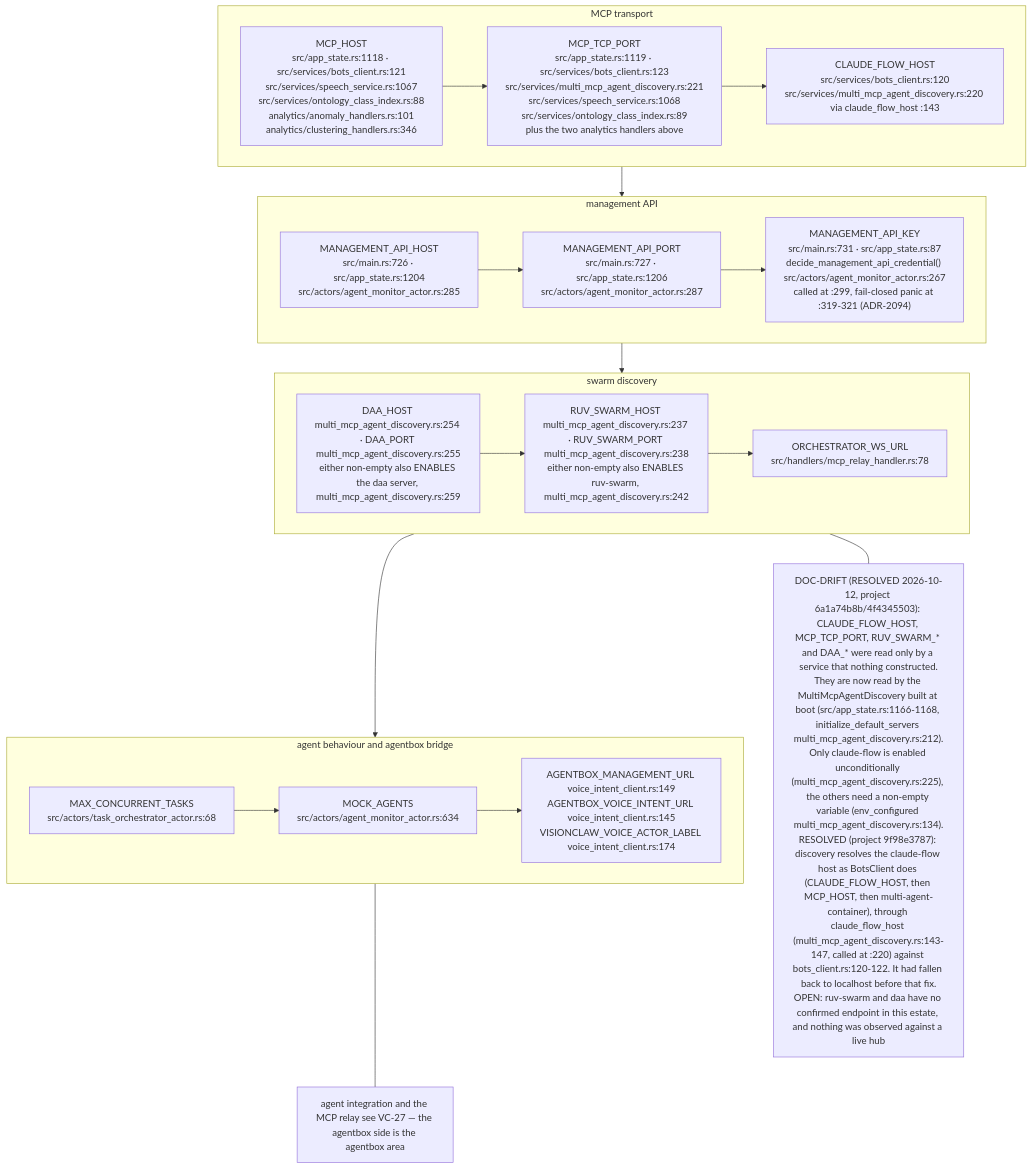
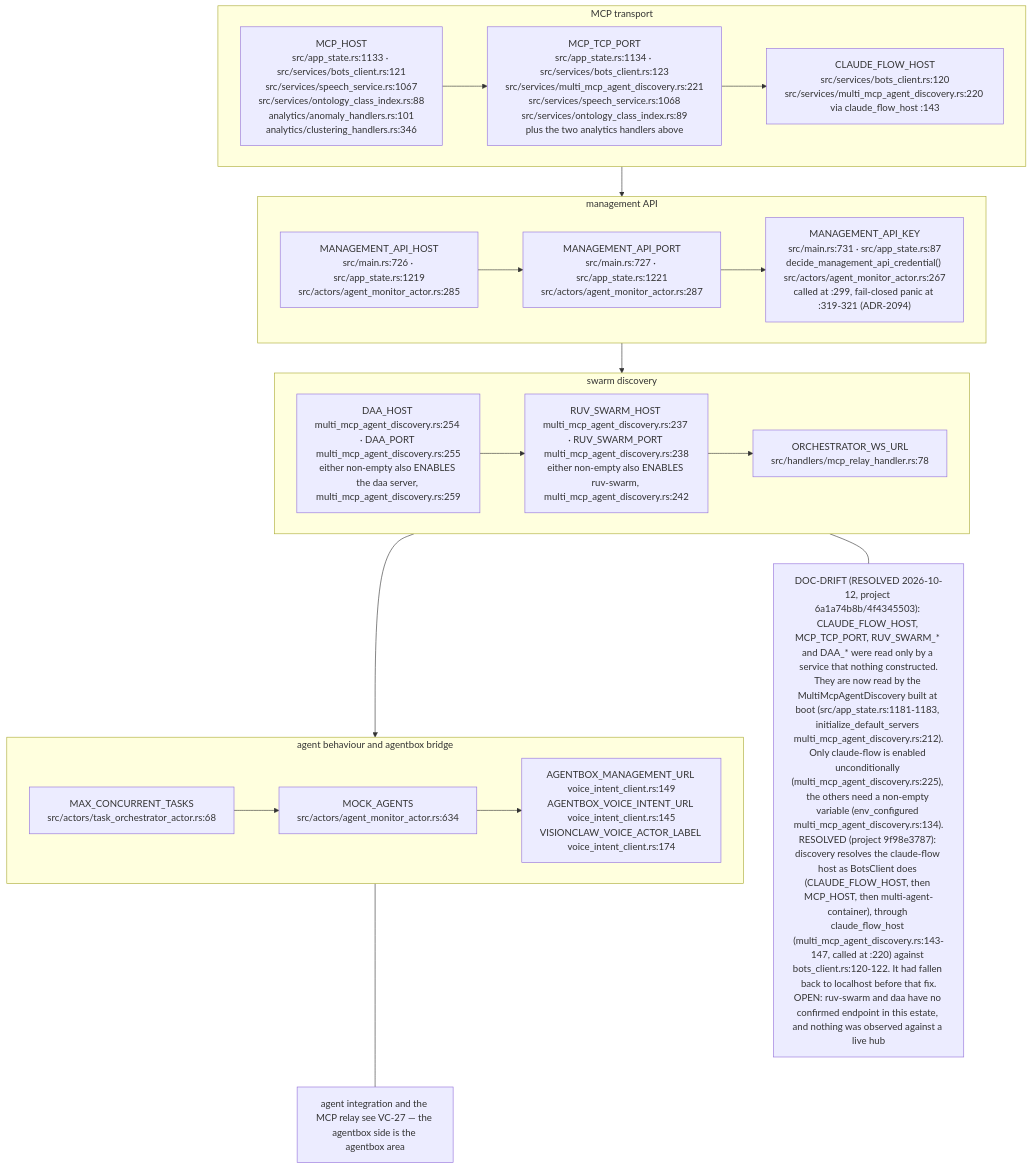
One commit to DreamLab-AI/VisionFlow changed diagram 12 of 16 in docs/diagrams/visionclaw/09-config-and-env-flags.md. Above: the diagram before and after it, drawn with Mermaid. The commit also changed other lines of this file and 173 other files, not shown here.

````diff
--- a/docs/diagrams/visionclaw/09-config-and-env-flags.md
+++ b/docs/diagrams/visionclaw/09-config-and-env-flags.md
@@ -478,20 +480,20 @@
 ```mermaid
 flowchart TB
     subgraph MCP["MCP transport"]
-        M1["MCP_HOST<br/>src/app_state.rs:1118 · src/services/bots_client.rs:121<br/>src/services/speech_service.rs:1067<br/>src/services/ontology_class_index.rs:88<br/>analytics/anomaly_handlers.rs:101<br/>analytics/clustering_handlers.rs:346"] --> M2["MCP_TCP_PORT<br/>src/app_state.rs:1119 · src/services/bots_client.rs:123<br/>src/services/multi_mcp_agent_discovery.rs:221<br/>src/services/speech_service.rs:1068<br/>src/services/ontology_class_index.rs:89<br/>plus the two analytics handlers above"] --> M3["CLAUDE_FLOW_HOST<br/>src/services/bots_client.rs:120<br/>src/services/multi_mcp_agent_discovery.rs:220 via claude_flow_host :143"]
+        M1["MCP_HOST<br/>src/app_state.rs:1133 · src/services/bots_client.rs:121<br/>src/services/speech_service.rs:1067<br/>src/services/ontology_class_index.rs:88<br/>analytics/anomaly_handlers.rs:101<br/>analytics/clustering_handlers.rs:346"] --> M2["MCP_TCP_PORT<br/>src/app_state.rs:1134 · src/services/bots_client.rs:123<br/>src/services/multi_mcp_agent_discovery.rs:221<br/>src/services/speech_service.rs:1068<br/>src/services/ontology_class_index.rs:89<br/>plus the two analytics handlers above"] --> M3["CLAUDE_FLOW_HOST<br/>src/services/bots_client.rs:120<br/>src/services/multi_mcp_agent_discovery.rs:220 via claude_flow_host :143"]
     end
     subgraph MGMT["management API"]
-        G1["MANAGEMENT_API_HOST<br/>src/main.rs:726 · src/app_state.rs:1204<br/>src/actors/agent_monitor_actor.rs:285"] --> G2["MANAGEMENT_API_PORT<br/>src/main.rs:727 · src/app_state.rs:1206<br/>src/actors/agent_monitor_actor.rs:287"] --> G3["MANAGEMENT_API_KEY<br/>src/main.rs:731 · src/app_state.rs:87<br/>decide_management_api_credential() src/actors/agent_monitor_actor.rs:267<br/>called at :299, fail-closed panic at :319-321 (ADR-2094)"]
+        G1["MANAGEMENT_API_HOST<br/>src/main.rs:726 · src/app_state.rs:1219<br/>src/actors/agent_monitor_actor.rs:285"] --> G2["MANAGEMENT_API_PORT<br/>src/main.rs:727 · src/app_state.rs:1221<br/>src/actors/agent_monitor_actor.rs:287"] --> G3["MANAGEMENT_API_KEY<br/>src/main.rs:731 · src/app_state.rs:87<br/>decide_management_api_credential() src/actors/agent_monitor_actor.rs:267<br/>called at :299, fail-closed panic at :319-321 (ADR-2094)"]
     end
     subgraph DISC["swarm discovery"]
         D1["DAA_HOST multi_mcp_agent_discovery.rs:254 · DAA_PORT multi_mcp_agent_discovery.rs:255<br/>either non-empty also ENABLES the daa server, multi_mcp_agent_discovery.rs:259"] --> D2["RUV_SWARM_HOST multi_mcp_agent_discovery.rs:237 · RUV_SWARM_PORT multi_mcp_agent_discovery.rs:238<br/>either non-empty also ENABLES ruv-swarm, multi_mcp_agent_discovery.rs:242"] --> D3["ORCHESTRATOR_WS_URL<br/>src/handlers/mcp_relay_handler.rs:78"]
     end
     subgraph AGENTS["agent behaviour and agentbox bridge"]
         A1["MAX_CONCURRENT_TASKS<br/>src/actors/task_orchestrator_actor.rs:68"] --> A2["MOCK_AGENTS<br/>src/actors/agent_monitor_actor.rs:634"] --> A3["AGENTBOX_MANAGEMENT_URL voice_intent_client.rs:149<br/>AGENTBOX_VOICE_INTENT_URL voice_intent_client.rs:145<br/>VISIONCLAW_VOICE_ACTOR_LABEL voice_intent_client.rs:174"]
     end
     MCP --> MGMT --> DISC --> AGENTS
-    NR["DOC-DRIFT (RESOLVED 2026-10-12, project 6a1a74b8b/4f4345503): CLAUDE_FLOW_HOST, MCP_TCP_PORT, RUV_SWARM_* and DAA_* were read only by a service that nothing constructed.<br/>They are now read by the MultiMcpAgentDiscovery built at boot (src/app_state.rs:1166-1168, initialize_default_servers multi_mcp_agent_discovery.rs:212).<br/>Only claude-flow is enabled unconditionally (multi_mcp_agent_discovery.rs:225), the others need a non-empty variable (env_configured multi_mcp_agent_discovery.rs:134).<br/>RESOLVED (project 9f98e3787): discovery resolves the claude-flow host as BotsClient does (CLAUDE_FLOW_HOST, then MCP_HOST, then multi-agent-container), through claude_flow_host (multi_mcp_agent_discovery.rs:143-147, called at :220) against bots_client.rs:120-122. It had fallen back to localhost before that fix.<br/>OPEN: ruv-swarm and daa have no confirmed endpoint in this estate, and nothing was observed against a live hub"]
+    NR["DOC-DRIFT (RESOLVED 2026-10-12, project 6a1a74b8b/4f4345503): CLAUDE_FLOW_HOST, MCP_TCP_PORT, RUV_SWARM_* and DAA_* were read only by a service that nothing constructed.<br/>They are now read by the MultiMcpAgentDiscovery built at boot (src/app_state.rs:1181-1183, initialize_default_servers multi_mcp_agent_discovery.rs:212).<br/>Only claude-flow is enabled unconditionally (multi_mcp_agent_discovery.rs:225), the others need a non-empty variable (env_configured multi_mcp_agent_discovery.rs:134).<br/>RESOLVED (project 9f98e3787): discovery resolves the claude-flow host as BotsClient does (CLAUDE_FLOW_HOST, then MCP_HOST, then multi-agent-container), through claude_flow_host (multi_mcp_agent_discovery.rs:143-147, called at :220) against bots_client.rs:120-122. It had fallen back to localhost before that fix.<br/>OPEN: ruv-swarm and daa have no confirmed endpoint in this estate, and nothing was observed against a live hub"]
     DISC --- NR
     N["agent integration and the MCP relay see VC-27 — the agentbox side is the agentbox area"]
     AGENTS --- N
 ```
````
